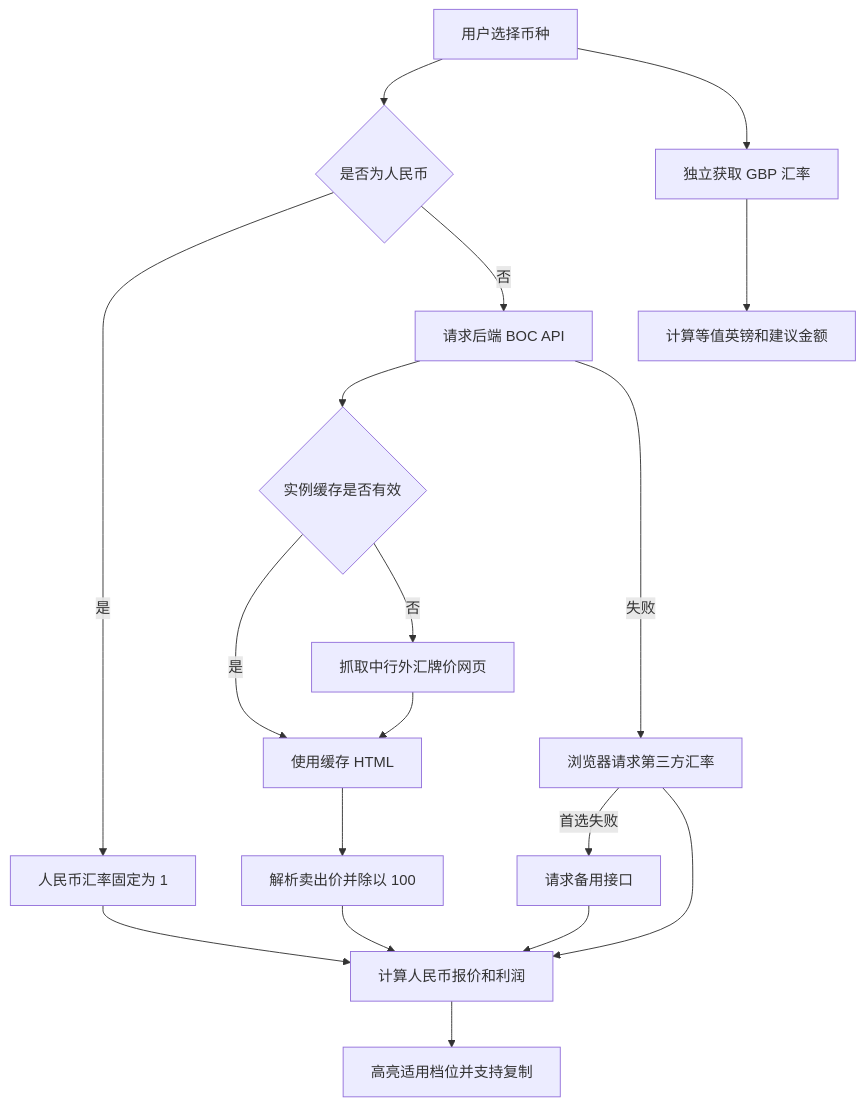
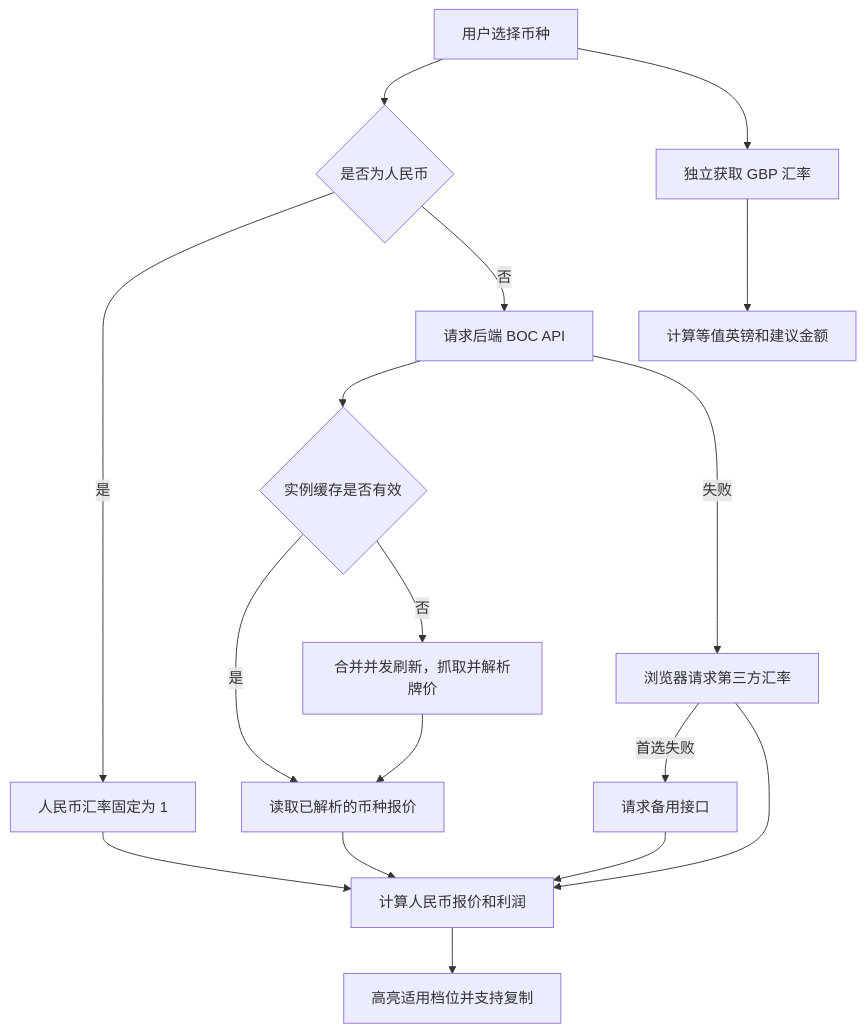
The diagram in docs/PROJECT.md (chen2438/exchange_rate), drawn with Mermaid before and after one commit. The commit also changed other lines of this file and 6 other files, not shown here.

```diff
--- a/docs/PROJECT.md
+++ b/docs/PROJECT.md
@@ -81,20 +81,19 @@
 ~~~mermaid
 flowchart TD
     A[用户选择币种] --> B{是否为人民币}
     B -->|是| C[人民币汇率固定为 1]
     B -->|否| D[请求后端 BOC API]
     D --> E{实例缓存是否有效}
-    E -->|是| F[使用缓存 HTML]
-    E -->|否| G[抓取中行外汇牌价网页]
-    G --> F
-    F --> H[解析卖出价并除以 100]
+    E -->|是| H[读取已解析的币种报价]
+    E -->|否| G[合并并发刷新，抓取并解析牌价]
+    G --> H
     D -->|失败| I[浏览器请求第三方汇率]
     I -->|首选失败| J[请求备用接口]
     C --> K[计算人民币报价和利润]
     H --> K
     I --> K
     J --> K
     A --> L[独立获取 GBP 汇率]
     L --> M[计算等值英镑和建议金额]
     K --> N[高亮适用档位并支持复制]
 ~~~
```
